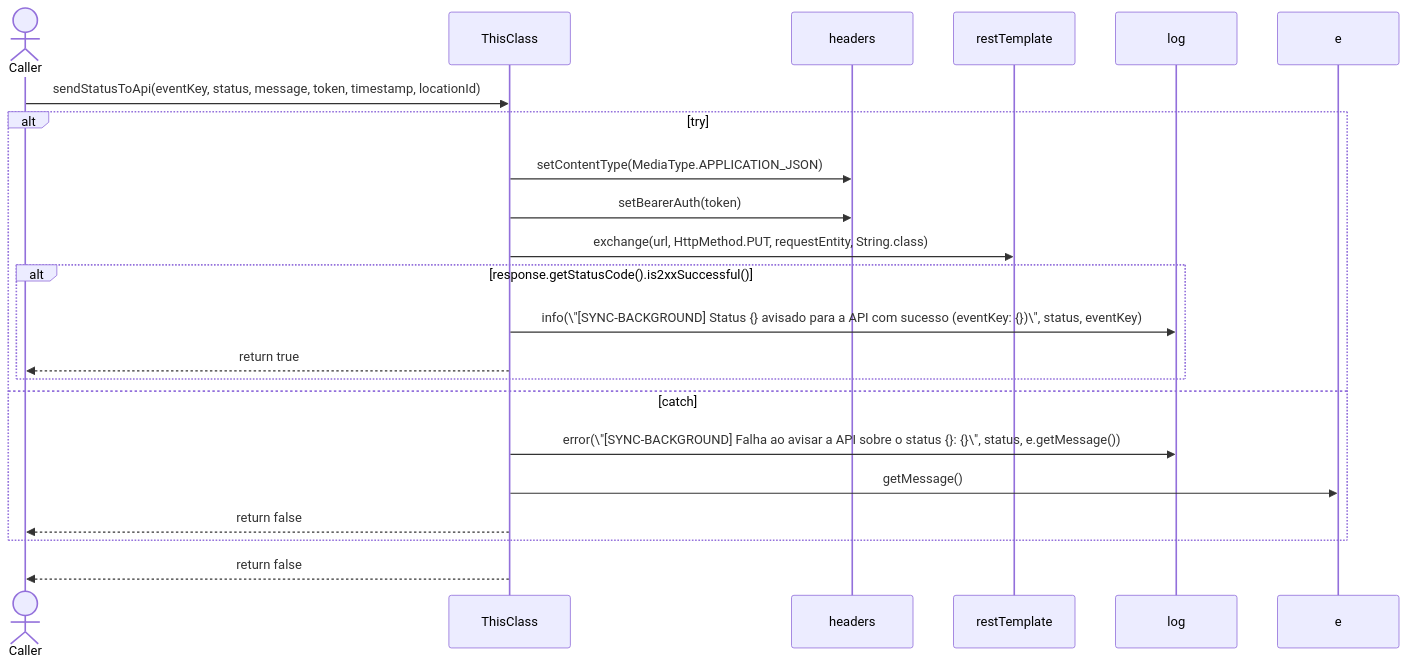
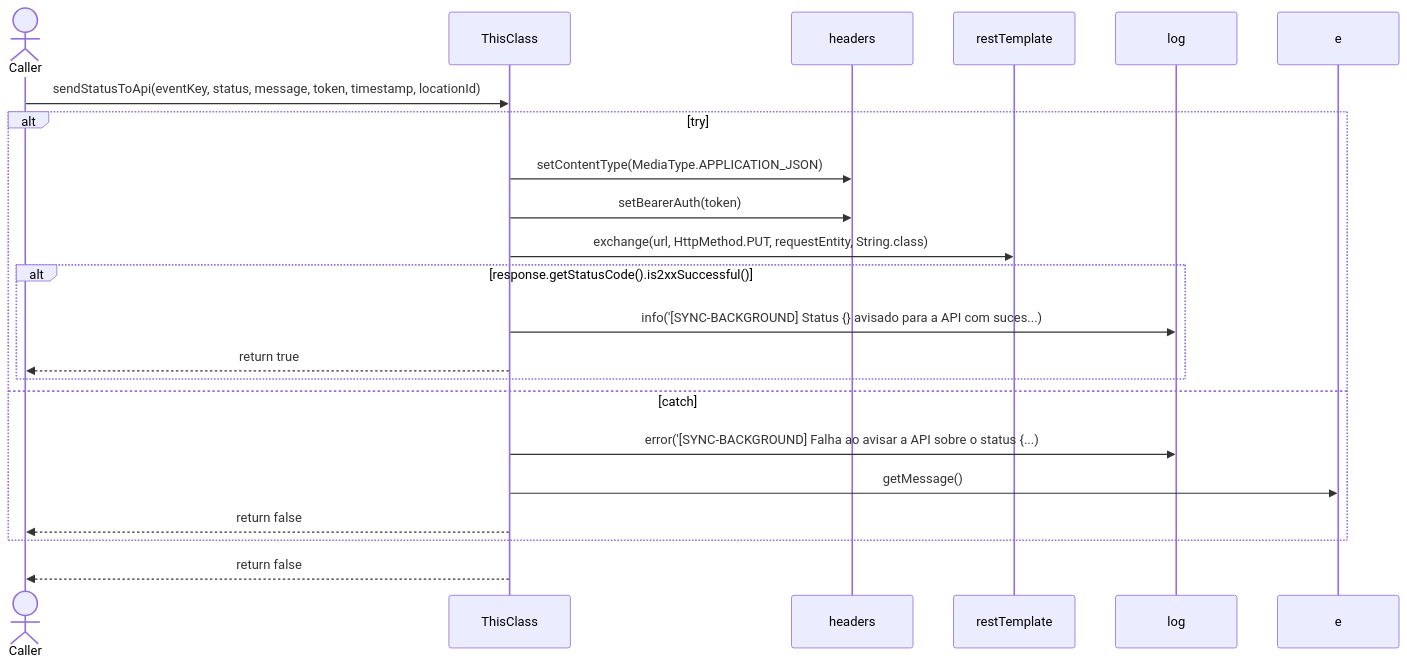
Diagram 14 of 16 in docs/CloudSyncUploadService.md (FelipeMCassiano/geanky), drawn with Mermaid before and after one commit. The commit also changed other lines of this file and 7 other files, not shown here.

````diff
--- a/docs/CloudSyncUploadService.md
+++ b/docs/CloudSyncUploadService.md
@@ -1020,26 +1020,26 @@
 ```mermaid
 sequenceDiagram
     actor Caller
     participant ThisClass
     participant headers
     participant restTemplate
     participant log
     participant e
 
     Caller->>ThisClass: sendStatusToApi(eventKey, status, message, token, timestamp, locationId)
     alt try
     ThisClass->>headers: setContentType(MediaType.APPLICATION_JSON)
     ThisClass->>headers: setBearerAuth(token)
     ThisClass->>restTemplate: exchange(url, HttpMethod.PUT, requestEntity, String.class)
     alt response.getStatusCode().is2xxSuccessful()
-    ThisClass->>log: info(\"[SYNC-BACKGROUND] Status {} avisado para a API com sucesso (eventKey: {})\", status, eventKey)
+    ThisClass->>log: info('[SYNC-BACKGROUND] Status {} avisado para a API com suces...)
     ThisClass-->>Caller: return true
     end
     else catch 
-    ThisClass->>log: error(\"[SYNC-BACKGROUND] Falha ao avisar a API sobre o status {}: {}\", status, e.getMessage())
+    ThisClass->>log: error('[SYNC-BACKGROUND] Falha ao avisar a API sobre o status {...)
     ThisClass->>e: getMessage()
     ThisClass-->>Caller: return false
     end
     ThisClass-->>Caller: return false
 
 ```
````
